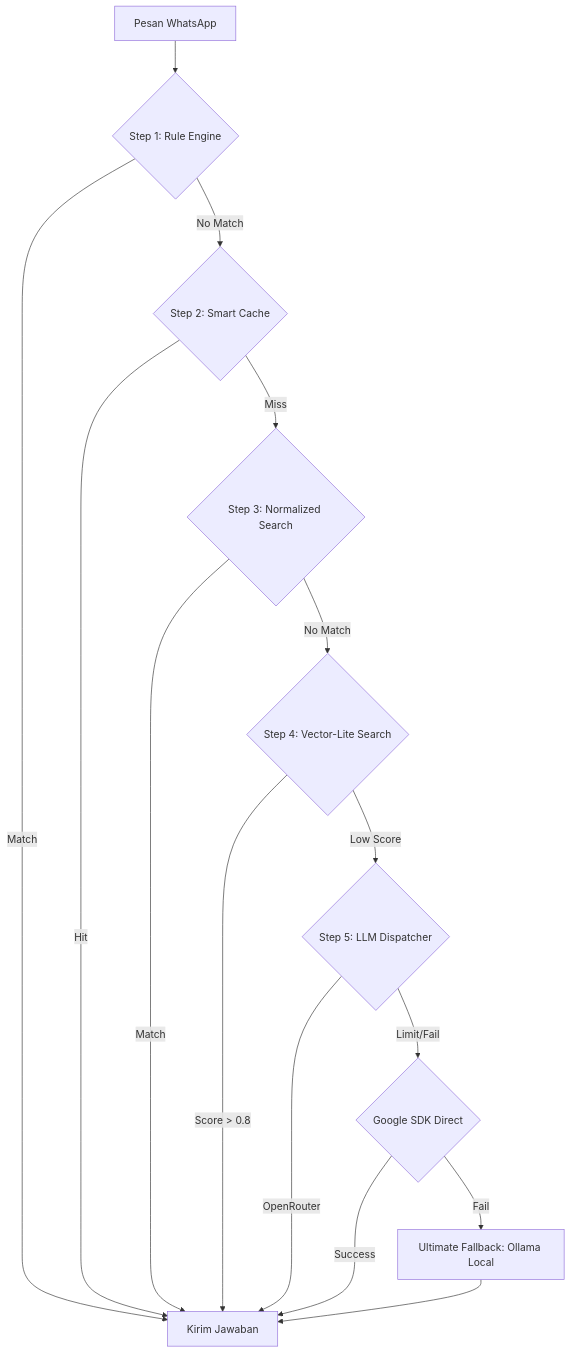
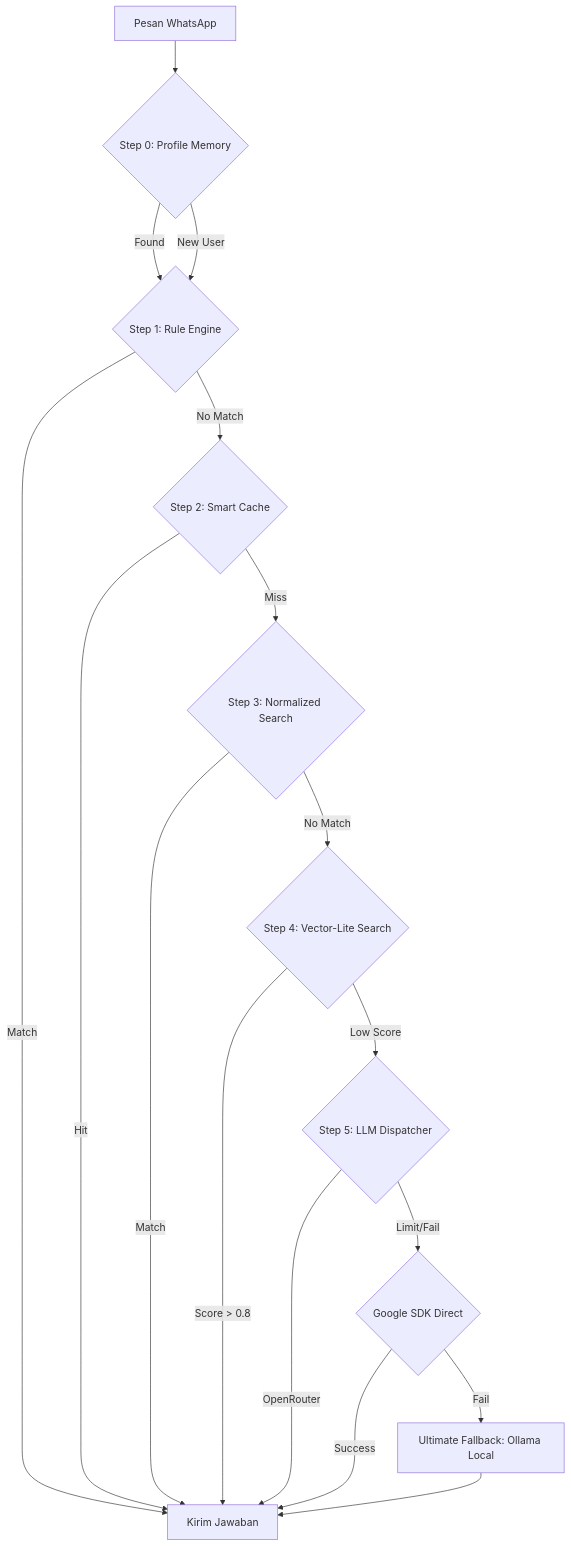
One commit to malikamrullah131/ImiBot changed the diagram in README.md. Above: the diagram before and after it, drawn with Mermaid. The commit also changed other lines of this file and 36 other files, not shown here.

Commit message:
docs: upgrade to v4.0 - Add Long-Term Memory, Broadcast Engine features, and RAG technical details

````diff
--- a/README.md
+++ b/README.md
@@ -54,16 +55,18 @@
 ```mermaid
 graph TD
-    A[Pesan WhatsApp] --> B{Step 1: Rule Engine}
-    B -- Match --> C[Kirim Jawaban]
-    B -- No Match --> D{Step 2: Smart Cache}
-    D -- Hit --> C
-    D -- Miss --> E{Step 3: Normalized Search}
-    E -- Match --> C
-    E -- No Match --> F{Step 4: Vector-Lite Search}
-    F -- Score > 0.8 --> C
-    F -- Low Score --> G{Step 5: LLM Dispatcher}
-    G -- OpenRouter --> C
-    G -- Limit/Fail --> H{Google SDK Direct}
-    H -- Success --> C
-    H -- Fail --> I[Ultimate Fallback: Ollama Local] --> C
+    A[Pesan WhatsApp] --> B{Step 0: Profile Memory}
+    B -- Found --> C{Step 1: Rule Engine}
+    B -- New User --> C
+    C -- Match --> D[Kirim Jawaban]
+    C -- No Match --> E{Step 2: Smart Cache}
+    E -- Hit --> D
+    E -- Miss --> F{Step 3: Normalized Search}
+    F -- Match --> D
+    F -- No Match --> G{Step 4: Vector-Lite Search}
+    G -- Score > 0.8 --> D
+    G -- Low Score --> H{Step 5: LLM Dispatcher}
+    H -- OpenRouter --> D
+    H -- Limit/Fail --> I{Google SDK Direct}
+    I -- Success --> D
+    I -- Fail --> J[Ultimate Fallback: Ollama Local] --> D
 ```
````
